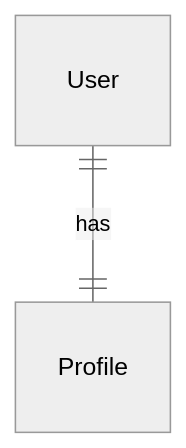
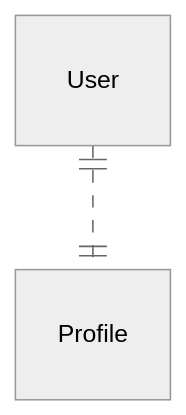
The second of 9 diagrams in docs/04-reading-the-diagrams.md (stacklok/modelith), drawn with Mermaid (neutral theme) before and after one commit. The commit also changed other lines of this file and 12 other files, not shown here.

````diff
--- a/docs/04-reading-the-diagrams.md
+++ b/docs/04-reading-the-diagrams.md
@@ -63,4 +68,4 @@
 ```mermaid
 erDiagram
-    User ||--|| Profile : "has"
+    User ||..|| Profile : ""
 ```
````
